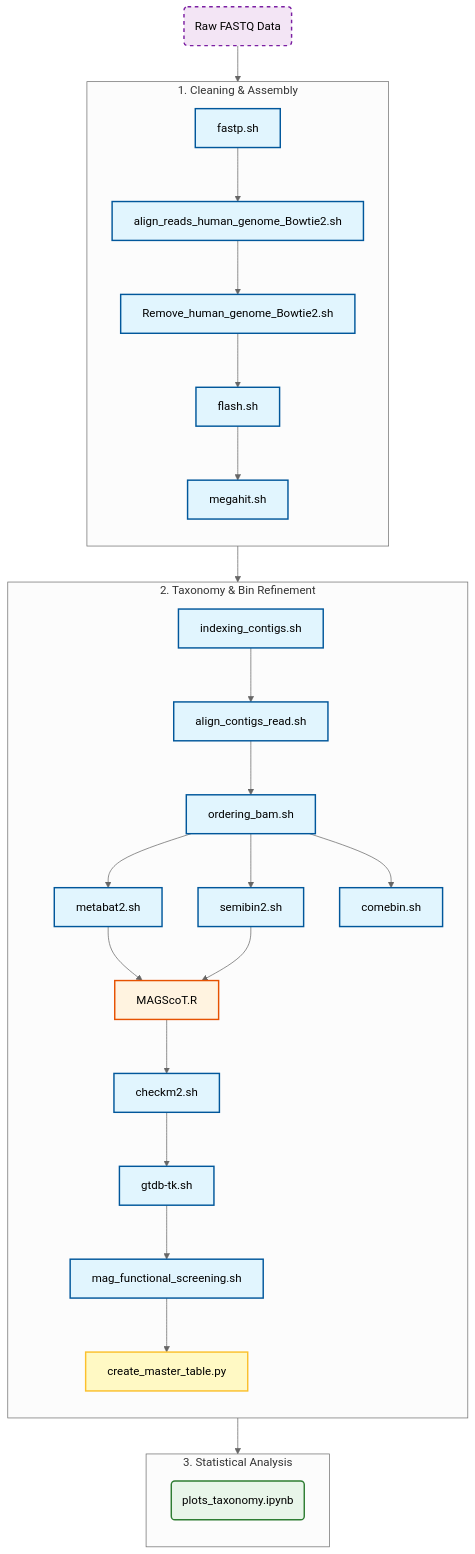
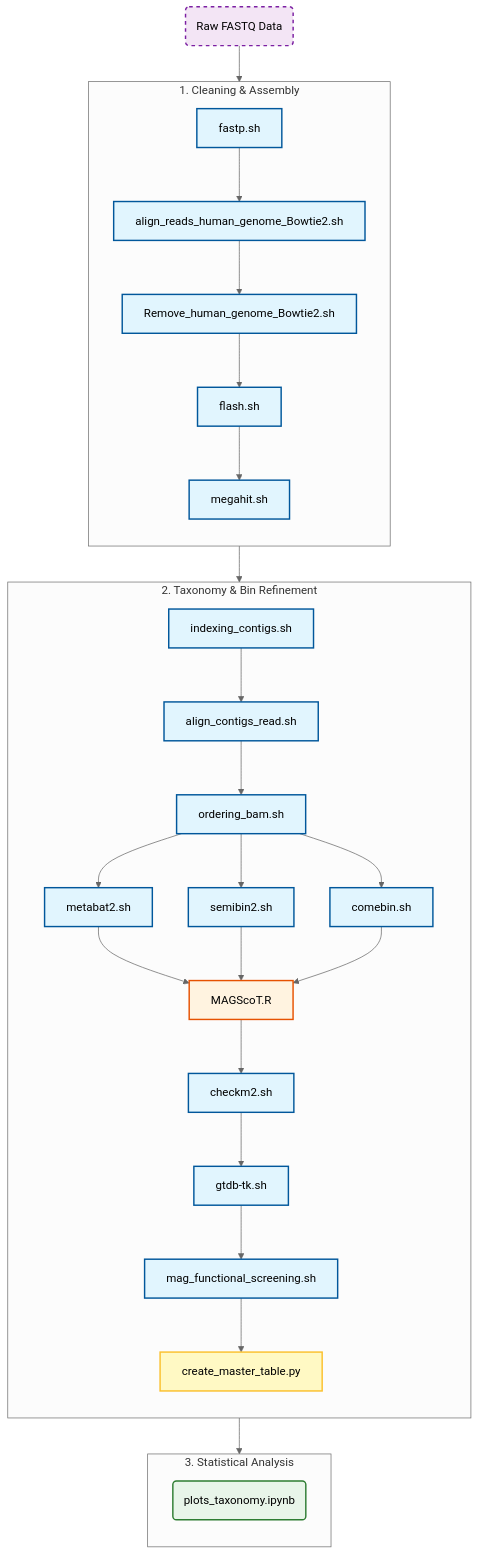
One commit to Marcosv21/Doc_project changed the diagram in README.md. Above: the diagram before and after it, drawn with Mermaid (neutral theme).

Commit message:
Add Bin3 to refinement process in taxonomy analysis flowchart

````diff
--- a/README.md
+++ b/README.md
@@ -27,50 +27,51 @@
 ```mermaid
 graph TD
     %% Node Styles
     classDef shell fill:#e1f5fe,stroke:#01579b,stroke-width:2px,color:#000000;
     classDef python fill:#fff9c4,stroke:#fbc02d,stroke-width:2px,color:#000000;
     classDef ipynb fill:#e8f5e9,stroke:#2e7d32,stroke-width:2px,color:#000000;
     classDef start fill:#f3e5f5,stroke:#7b1fa2,stroke-width:2px,stroke-dasharray: 5 5,color:#000000;
     classDef refinement fill:#fff3e0,stroke:#e65100,stroke-width:2px,color:#000000;
 
     %% Start Node
     Input(Raw FASTQ Data):::start --> Clean1
 
     %% --- 1. CLEANING & ASSEMBLY ---
     subgraph Cleaning ["1. Cleaning & Assembly"]
         direction TB
         Clean1[fastp.sh]:::shell --> Clean2[align_reads_human_genome_Bowtie2.sh]:::shell
         Clean2 --> Clean3[Remove_human_genome_Bowtie2.sh]:::shell
         Clean3 --> Clean4[flash.sh]:::shell
         Clean4 --> Clean5[megahit.sh]:::shell
     end
 
     %% --- 2. TAXONOMY & BIN REFINEMENT ---
     Clean5 --> Tax1
 
     subgraph Taxonomy ["2. Taxonomy & Bin Refinement"]
         direction TB
         Tax1[indexing_contigs.sh]:::shell --> Tax2[align_contigs_read.sh]:::shell
         Tax2 --> Tax3[ordering_bam.sh]:::shell
         
         %% Multi-Binning
         Tax3 --> Bin1[metabat2.sh]:::shell
         Tax3 --> Bin2[semibin2.sh]:::shell
         Tax3 --> Bin3[comebin.sh]:::shell        
         
         %% Refinement
         Bin1 --> Refine[MAGScoT.R]:::refinement
         Bin2 --> Refine
+        Bin3 --> Refine
         
         Refine --> Tax5[checkm2.sh]:::shell
         Tax5 --> Tax7[gtdb-tk.sh]:::shell
         Tax7 --> Tax8[mag_functional_screening.sh]:::shell
         Tax8 --> Tax9[create_master_table.py]:::python
     end
     
     %% --- 3. STATISTICAL ANALYSIS ---
     subgraph Stats ["3. Statistical Analysis"]
         direction TB
         Tax9 --> Stat1(plots_taxonomy.ipynb):::ipynb
     end
 ```
````
